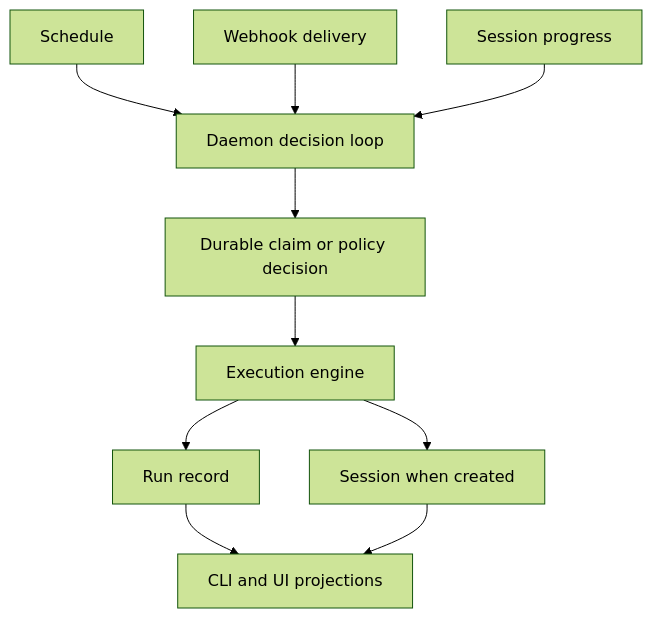
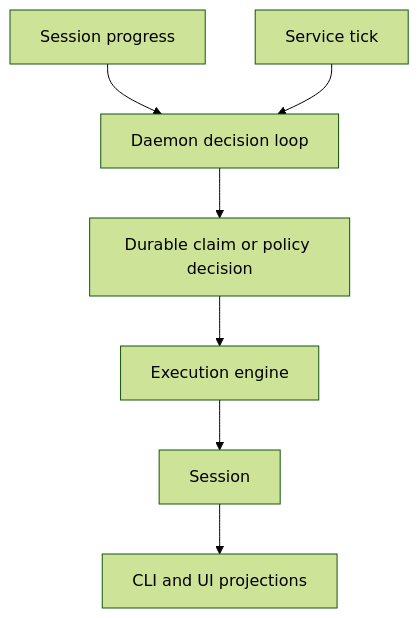
The diagram in cli/docs/automation.md (phnx-labs/agi-cli), drawn with Mermaid (forest theme) before and after one commit. The commit also changed other lines of this file and 224 other files, not shown here.

````diff
--- a/cli/docs/automation.md
+++ b/cli/docs/automation.md
@@ -6,12 +6,9 @@
 ```mermaid
 flowchart TB
-  SCH[Schedule] --> D[Daemon decision loop]
-  OBS[Webhook delivery] --> D
-  SES[Session progress] --> D
+  SES[Session progress] --> D[Daemon decision loop]
+  TICK[Service tick] --> D
   D --> CLAIM[Durable claim or policy decision]
   CLAIM --> EXEC[Execution engine]
-  EXEC --> RUN[Run record]
-  EXEC --> CONV[Session when created]
-  RUN --> VIEW[CLI and UI projections]
-  CONV --> VIEW
+  EXEC --> CONV[Session]
+  CONV --> VIEW[CLI and UI projections]
 ```
````
